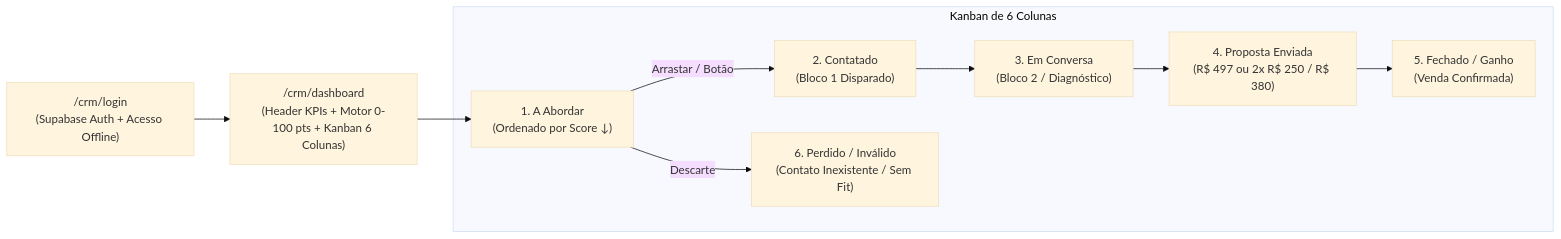
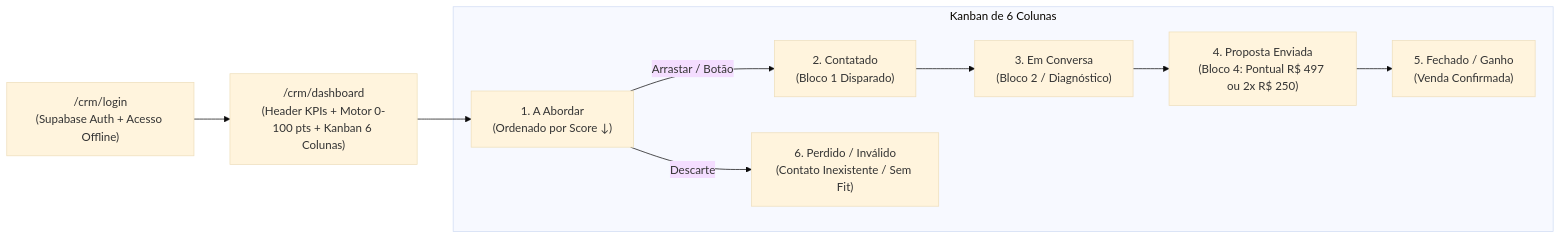
One commit to leoferrazdev/leonardo-brasil changed the first of 2 diagrams in cofre-leonardo-brasil/30 - Comercial e CRM/03 - CRM e Leads/Sistema CRM Local e Manual Operacional.md. Above: the diagram before and after it, drawn with Mermaid (base theme). The commit also changed other lines of this file and 10 other files, not shown here.

Commit message:
feat(crm): reescreve Bloco 4 dos 52 leads para oferta pontual exclusiva R$ 497

````diff
--- a/cofre-leonardo-brasil/30 - Comercial e CRM/03 - CRM e Leads/Sistema CRM Local e Manual Operacional.md
+++ b/cofre-leonardo-brasil/30 - Comercial e CRM/03 - CRM e Leads/Sistema CRM Local e Manual Operacional.md
@@ -30,20 +30,20 @@
 ```mermaid
 flowchart LR
     L["/crm/login<br>(Supabase Auth + Acesso Offline)"] --> D["/crm/dashboard<br>(Header KPIs + Motor 0-100 pts + Kanban 6 Colunas)"]
 
     subgraph Kanban de 6 Colunas
         C1["1. A Abordar<br>(Ordenado por Score ↓)"]
         C2["2. Contatado<br>(Bloco 1 Disparado)"]
         C3["3. Em Conversa<br>(Bloco 2 / Diagnóstico)"]
-        C4["4. Proposta Enviada<br>(R$ 497 ou 2x R$ 250 / R$ 380)"]
+        C4["4. Proposta Enviada<br>(Bloco 4: Pontual R$ 497 ou 2x R$ 250)"]
         C5["5. Fechado / Ganho<br>(Venda Confirmada)"]
         C6["6. Perdido / Inválido<br>(Contato Inexistente / Sem Fit)"]
     end
 
     D --> C1
     C1 -->|Arrastar / Botão| C2
     C2 --> C3
     C3 --> C4
     C4 --> C5
     C1 -->|Descarte| C6
 ```
````
